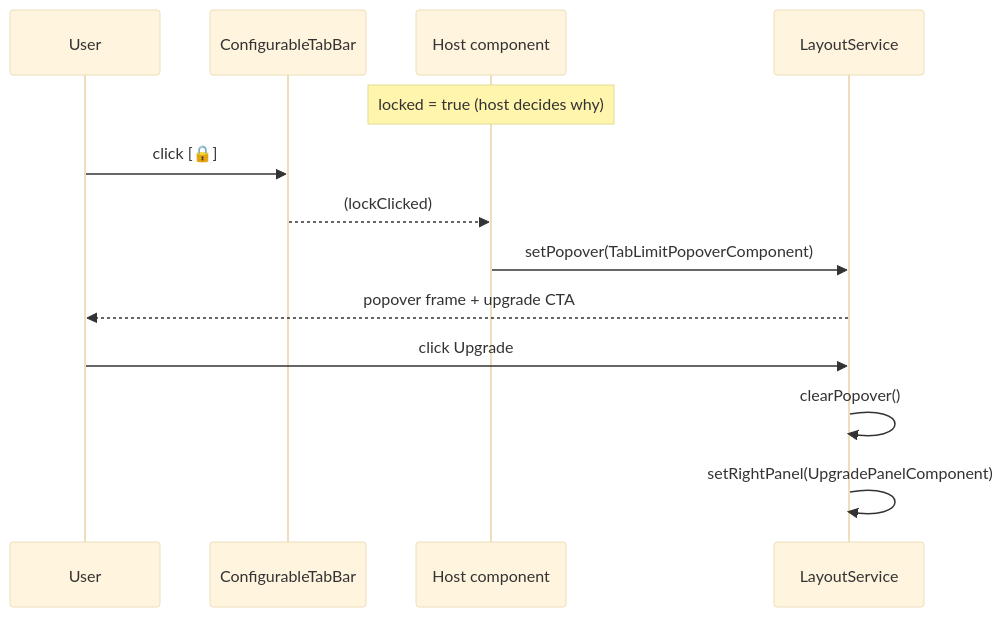
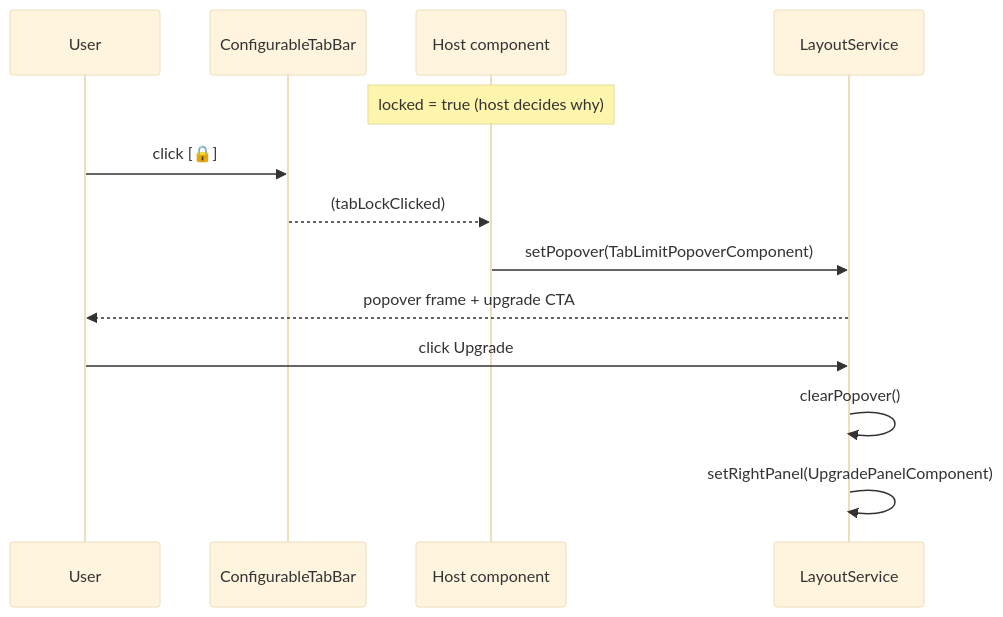
The fifth of 12 diagrams in apps/frontend-webapp/src/app/shared/configurable-tab-bar/README.md (hugoheynard/SH3PERD), drawn with Mermaid (base theme) before and after one commit. The commit also changed other lines of this file and 4 other files, not shown here.

````diff
--- a/apps/frontend-webapp/src/app/shared/configurable-tab-bar/README.md
+++ b/apps/frontend-webapp/src/app/shared/configurable-tab-bar/README.md
@@ -230,17 +230,17 @@
 ```mermaid
 sequenceDiagram
   participant U as User
   participant Bar as ConfigurableTabBar
   participant Host as Host component
   participant Layout as LayoutService
 
   Note over Host: locked = true (host decides why)
 
   U->>Bar: click [🔒]
-  Bar-->>Host: (lockClicked)
+  Bar-->>Host: (tabLockClicked)
   Host->>Layout: setPopover(TabLimitPopoverComponent)
   Layout-->>U: popover frame + upgrade CTA
   U->>Layout: click Upgrade
   Layout->>Layout: clearPopover()
   Layout->>Layout: setRightPanel(UpgradePanelComponent)
 ```
````
